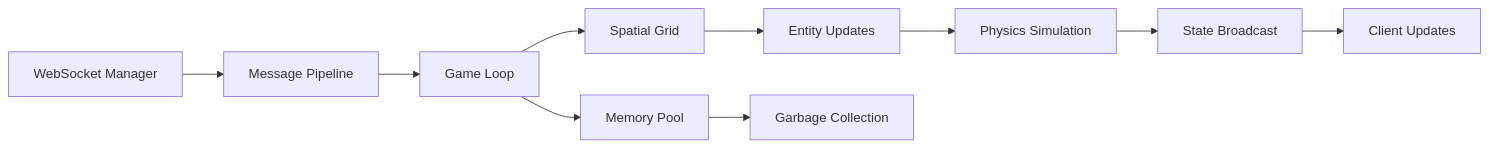
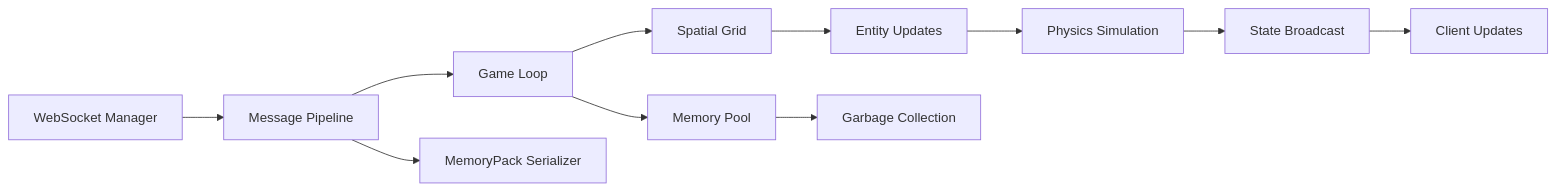
Before and after one commit to gritsenko/WsCore: the second of 2 diagrams in ARCHITECTURE_IMPROVEMENTS.md, drawn with Mermaid. The commit also changed other lines of this file and 333 other files, not shown here.

Commit message:
Refactor code structure for improved readability and maintainability. Moved to memory pack

````diff
--- a/ARCHITECTURE_IMPROVEMENTS.md
+++ b/ARCHITECTURE_IMPROVEMENTS.md
@@ -45,12 +46,13 @@
 ```mermaid
 graph LR
     A[WebSocket Manager] --> B[Message Pipeline]
     B --> C[Game Loop]
     C --> D[Spatial Grid]
     D --> E[Entity Updates]
     E --> F[Physics Simulation]
     F --> G[State Broadcast]
     G --> H[Client Updates]
     C --> I[Memory Pool]
     I --> J[Garbage Collection]
+    B --> K[MemoryPack Serializer]
 ```
````
